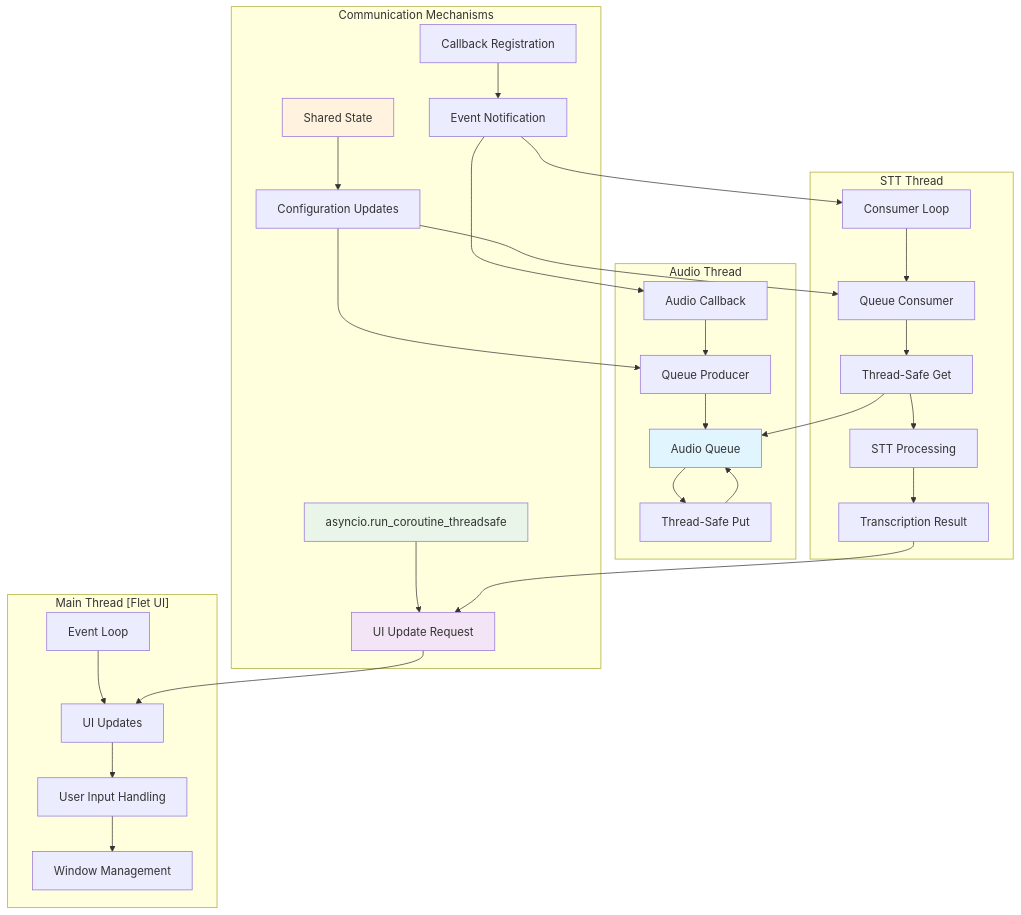
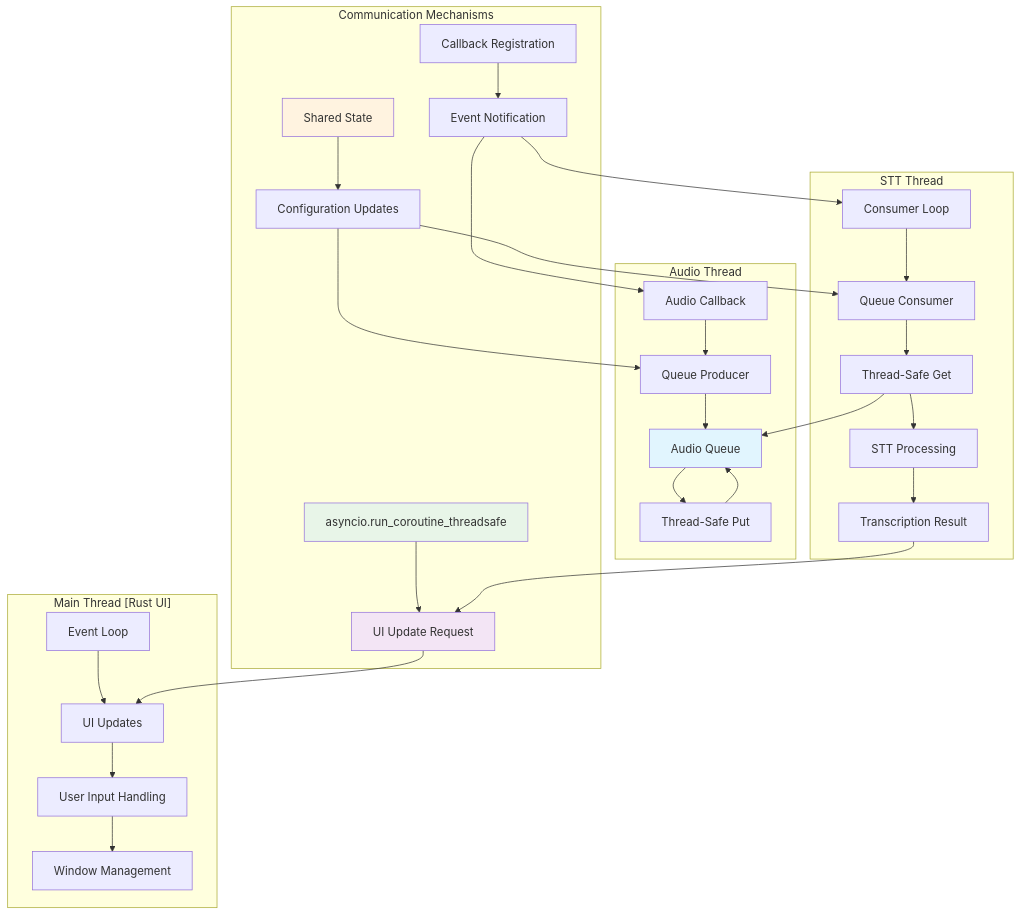
One commit to Coldaine/PersonalParakeet changed the ninth of 10 diagrams in docs/analysis/system_architecture_diagram.md. Above: the diagram before and after it, drawn with Mermaid. The commit also changed other lines of this file and 1323 other files, not shown here.

````diff
--- a/docs/analysis/system_architecture_diagram.md
+++ b/docs/analysis/system_architecture_diagram.md
@@ -412,42 +412,42 @@
 ```mermaid
 graph TD
-    subgraph "Main Thread [Flet UI]"
+    subgraph "Main Thread [Rust UI]"
         A[Event Loop] --> B[UI Updates]
         B --> C[User Input Handling]
         C --> D[Window Management]
     end
     
     subgraph "Audio Thread"
         E[Audio Callback] --> F[Queue Producer]
         F --> G[Audio Queue]
         G --> H[Thread-Safe Put]
     end
     
     subgraph "STT Thread"
         I[Consumer Loop] --> J[Queue Consumer]
         J --> K[Thread-Safe Get]
         K --> L[STT Processing]
         L --> M[Transcription Result]
     end
     
     subgraph "Communication Mechanisms"
         N[asyncio.run_coroutine_threadsafe] --> O[UI Update Request]
         P[Callback Registration] --> Q[Event Notification]
         R[Shared State] --> S[Configuration Updates]
     end
     
     M --> O
     O --> B
     H --> G
     K --> G
     
     Q --> E
     Q --> I
     S --> F
     S --> J
     
     style G fill:#e1f5fe
     style O fill:#f3e5f5
     style N fill:#e8f5e8
     style R fill:#fff3e0
 ```
````
